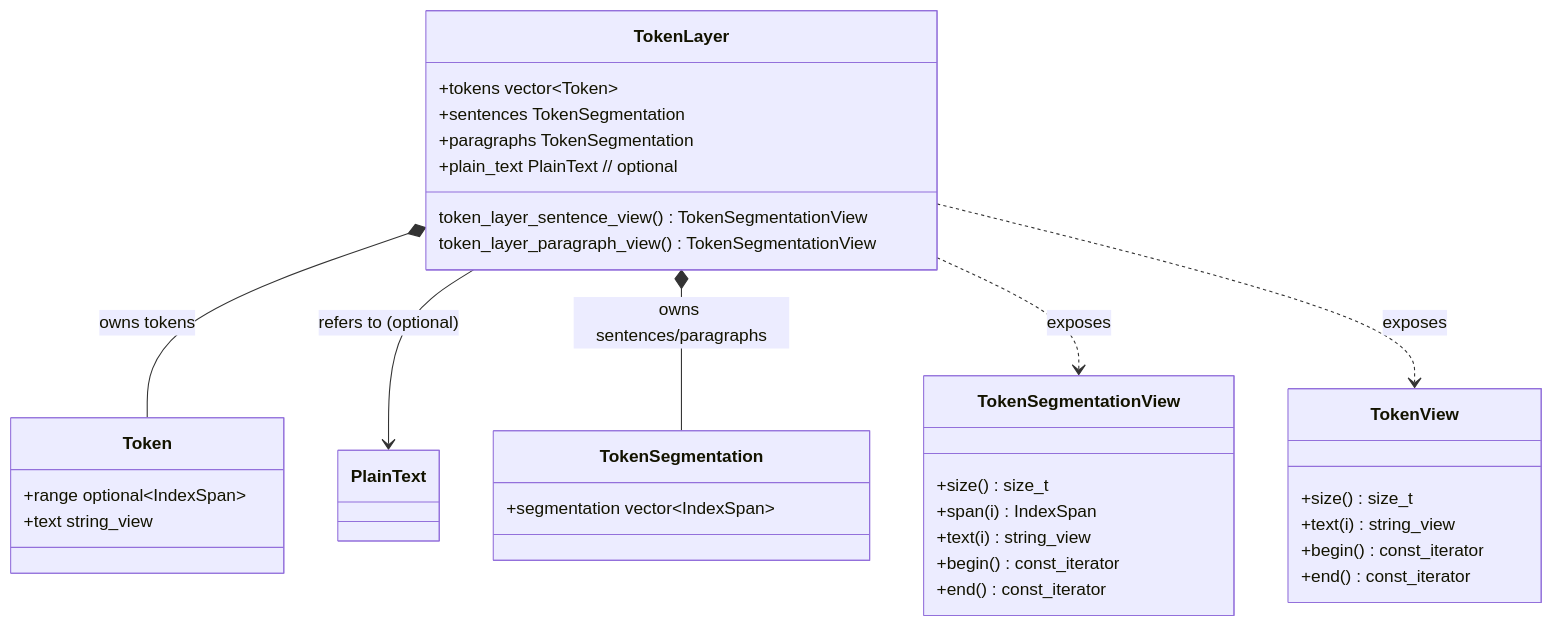
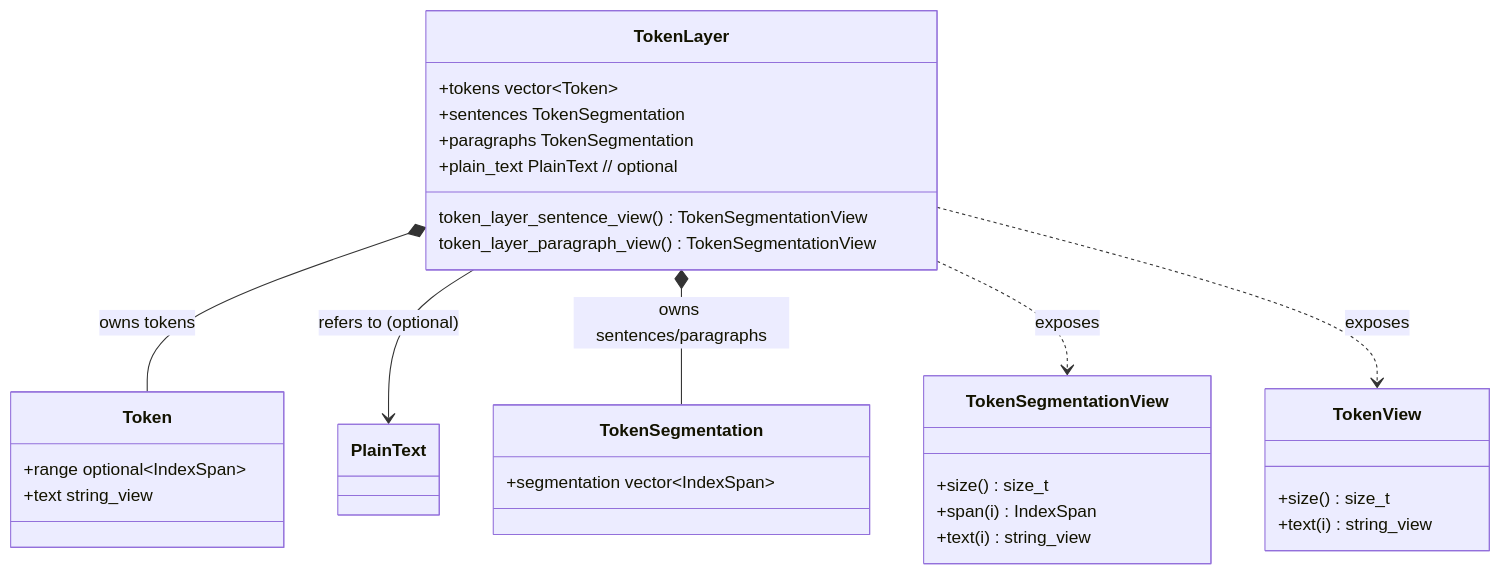
One commit to ufal/linpipe changed the fourth of 4 diagrams in docs/src/dev/segmentation_tokenization.md. Above: the diagram before and after it, drawn with Mermaid. The commit also changed other lines of this file, not shown here.

````diff
--- a/docs/src/dev/segmentation_tokenization.md
+++ b/docs/src/dev/segmentation_tokenization.md
@@ -130,41 +128,37 @@
 ```mermaid
 classDiagram
     class Token {
         +range optional~IndexSpan~
         +text string_view
     }
 
     class TokenSegmentationView {
         +size() size_t
         +span(i) IndexSpan
         +text(i) string_view
-        +begin() const_iterator
-        +end() const_iterator
     }
 
     class TokenView {
         +size() size_t
         +text(i) string_view
-        +begin() const_iterator
-        +end() const_iterator
     }
 
     class TokenSegmentation {
         +segmentation vector~IndexSpan~
     }
 
     class TokenLayer {
         +tokens vector~Token~
         +sentences TokenSegmentation
         +paragraphs TokenSegmentation
         +plain_text PlainText   // optional
         token_layer_sentence_view() TokenSegmentationView
         token_layer_paragraph_view() TokenSegmentationView
     }
 
     TokenLayer *-- Token : owns tokens
     TokenLayer --> PlainText : refers to (optional)
     TokenLayer *-- TokenSegmentation : owns sentences/paragraphs
     TokenLayer ..> TokenSegmentationView : exposes
     TokenLayer ..> TokenView : exposes
 ```
````
